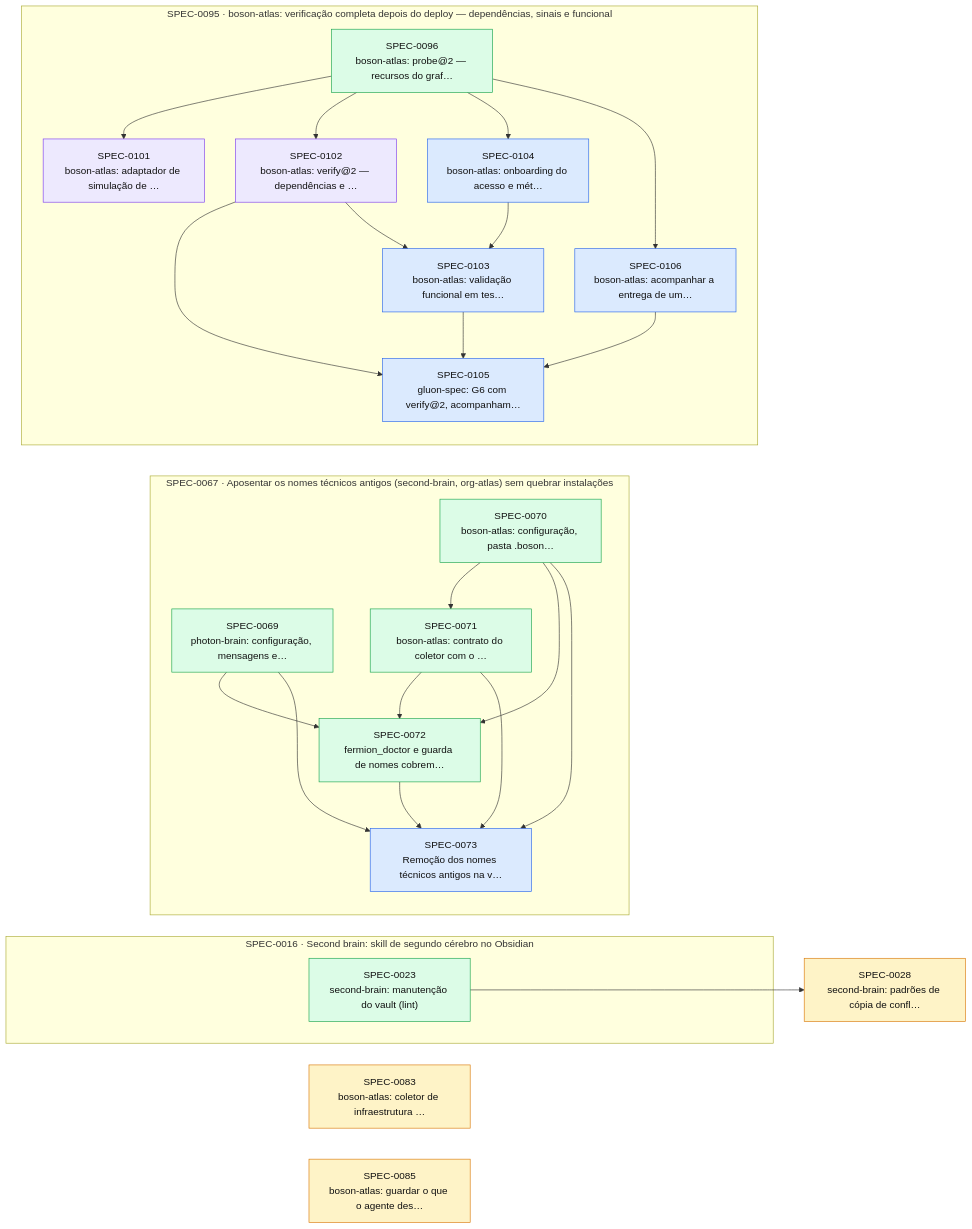
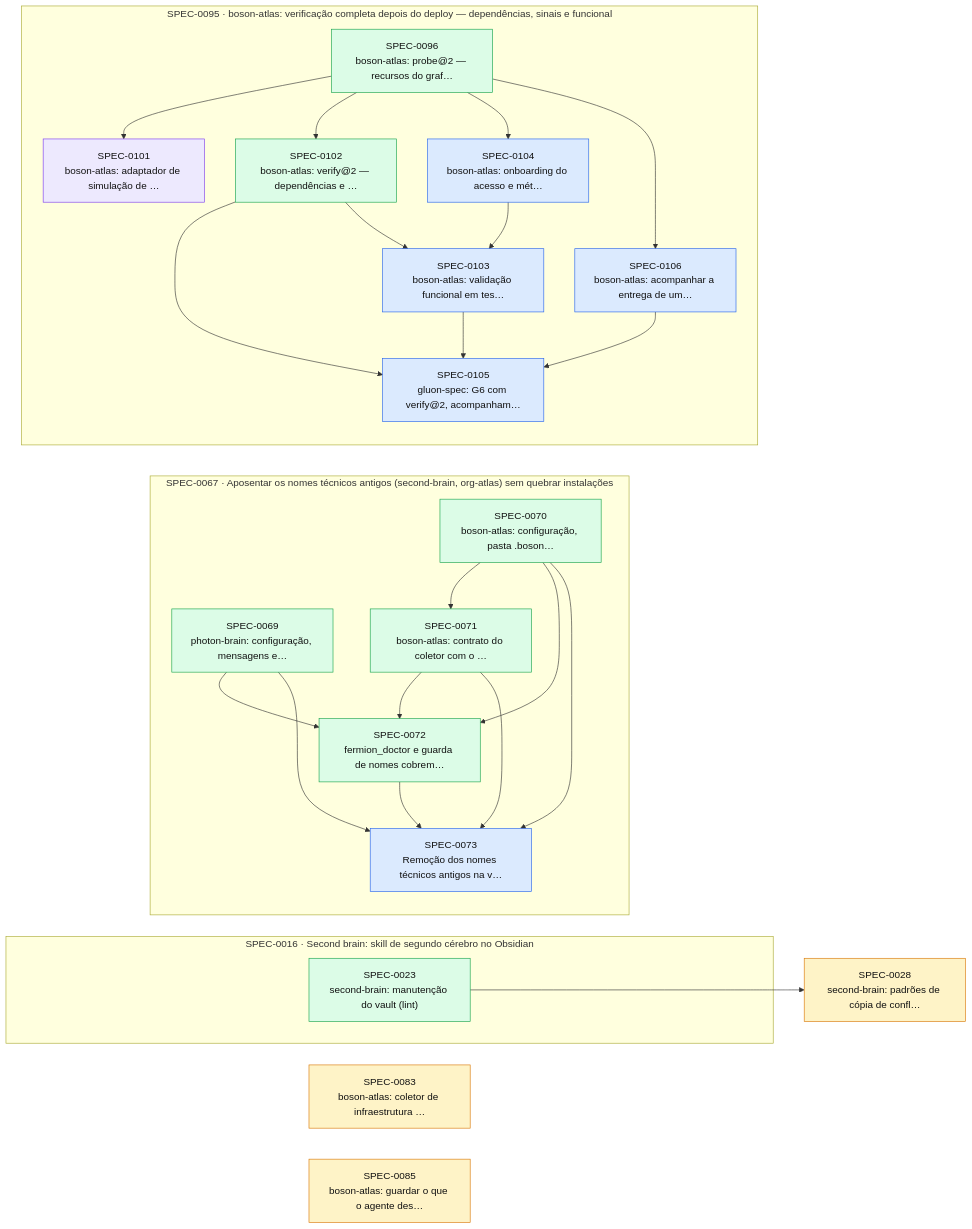
The diagram in docs/specs/INDEX.md (thomasravache/ai-dev-brain), drawn with Mermaid before and after one commit. The commit also changed other lines of this file and 1 other file, not shown here.

First line of the commit message:
docs(specs): G7 e fechamento da SPEC-0102

````diff
--- a/docs/specs/INDEX.md
+++ b/docs/specs/INDEX.md
@@ -71,48 +70,48 @@
 ```mermaid
 flowchart LR
   S0028["SPEC-0028<br/>second-brain: padrões de cópia de confl…"]:::proposed
   S0083["SPEC-0083<br/>boson-atlas: coletor de infraestrutura …"]:::proposed
   S0085["SPEC-0085<br/>boson-atlas: guardar o que o agente des…"]:::proposed
   subgraph E0016["SPEC-0016 · Second brain: skill de segundo cérebro no Obsidian"]
     S0023["SPEC-0023<br/>second-brain: manutenção do vault (lint)"]:::implemented
   end
   subgraph E0067["SPEC-0067 · Aposentar os nomes técnicos antigos (second-brain, org-atlas) sem quebrar instalações"]
     S0069["SPEC-0069<br/>photon-brain: configuração, mensagens e…"]:::implemented
     S0070["SPEC-0070<br/>boson-atlas: configuração, pasta .boson…"]:::implemented
     S0071["SPEC-0071<br/>boson-atlas: contrato do coletor com o …"]:::implemented
     S0072["SPEC-0072<br/>fermion_doctor e guarda de nomes cobrem…"]:::implemented
     S0073["SPEC-0073<br/>Remoção dos nomes técnicos antigos na v…"]:::approved
   end
   subgraph E0095["SPEC-0095 · boson-atlas: verificação completa depois do deploy — dependências, sinais e funcional"]
     S0096["SPEC-0096<br/>boson-atlas: probe@2 — recursos do graf…"]:::implemented
     S0101["SPEC-0101<br/>boson-atlas: adaptador de simulação de …"]:::inprogress
-    S0102["SPEC-0102<br/>boson-atlas: verify@2 — dependências e …"]:::inprogress
+    S0102["SPEC-0102<br/>boson-atlas: verify@2 — dependências e …"]:::implemented
     S0103["SPEC-0103<br/>boson-atlas: validação funcional em tes…"]:::approved
     S0104["SPEC-0104<br/>boson-atlas: onboarding do acesso e mét…"]:::approved
     S0105["SPEC-0105<br/>gluon-spec: G6 com verify@2, acompanham…"]:::approved
     S0106["SPEC-0106<br/>boson-atlas: acompanhar a entrega de um…"]:::approved
   end
   S0023 --> S0028
   S0070 --> S0071
   S0069 --> S0072
   S0070 --> S0072
   S0071 --> S0072
   S0069 --> S0073
   S0070 --> S0073
   S0071 --> S0073
   S0072 --> S0073
   S0096 --> S0101
   S0096 --> S0102
   S0102 --> S0103
   S0104 --> S0103
   S0096 --> S0104
   S0102 --> S0105
   S0103 --> S0105
   S0106 --> S0105
   S0096 --> S0106
   classDef proposed fill:#fef3c7,stroke:#d97706,color:#111
   classDef approved fill:#dbeafe,stroke:#2563eb,color:#111
   classDef inprogress fill:#ede9fe,stroke:#7c3aed,color:#111
   classDef implemented fill:#dcfce7,stroke:#16a34a,color:#111
   classDef deprecated fill:#f3f4f6,stroke:#9ca3af,color:#6b7280
 ```
````
